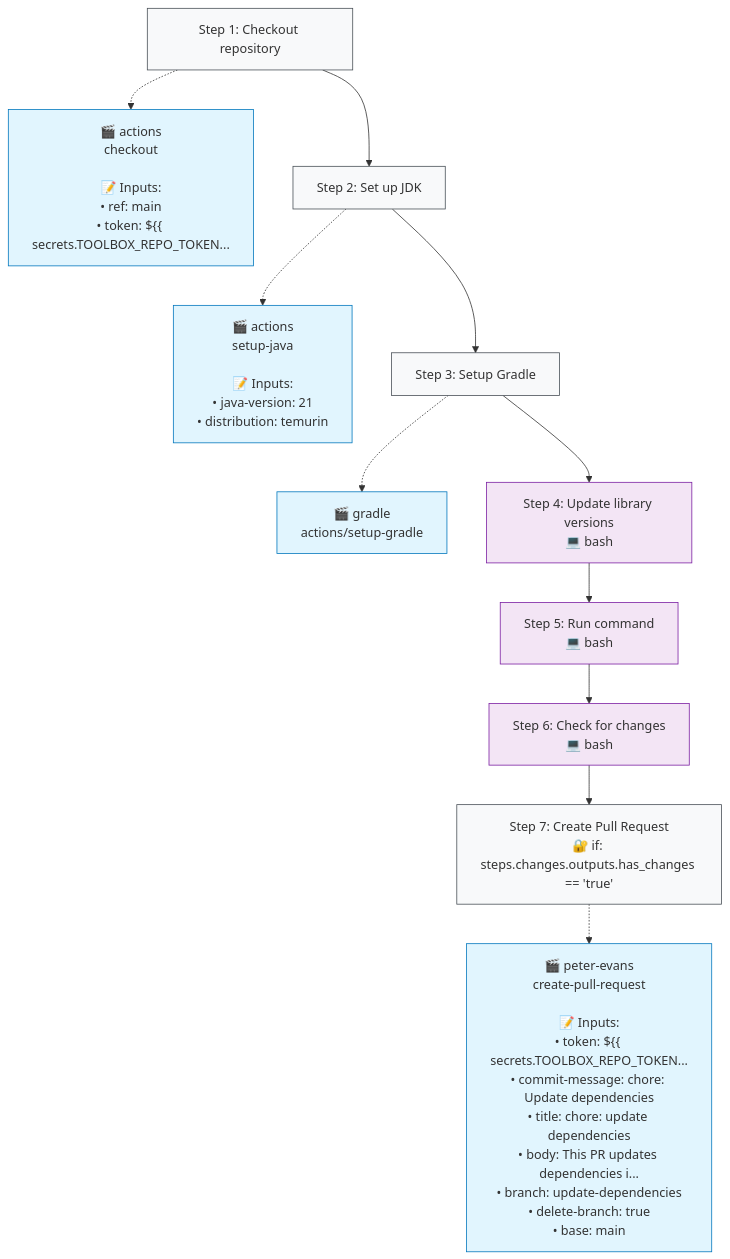
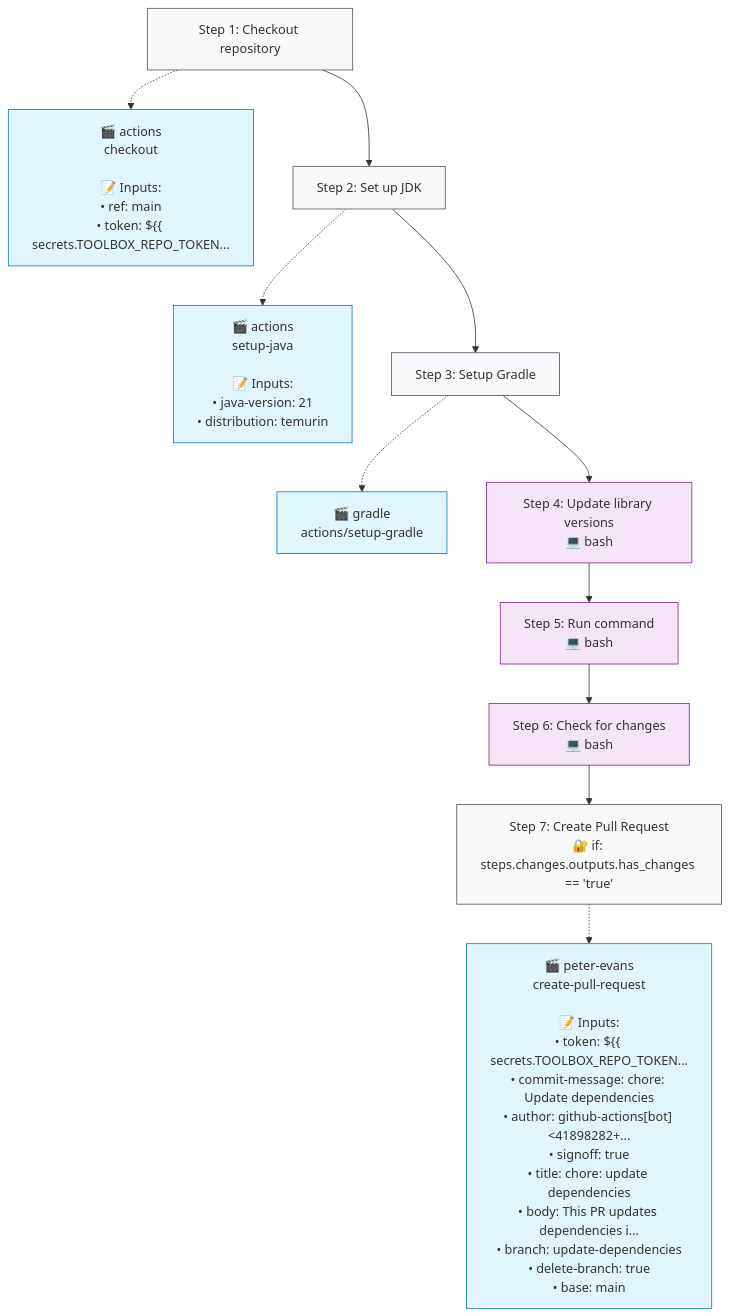
Before and after one commit to http4k/typeflows: the second of 2 diagrams in .github/typeflows/update-dependencies/README.md, drawn with Mermaid. The commit also changed 2 other files, not shown here.

Commit message:
add signoff to update dependencies

````diff
--- a/.github/typeflows/update-dependencies/README.md
+++ b/.github/typeflows/update-dependencies/README.md
@@ -24,36 +24,36 @@
 ```mermaid
 %%{init: {"flowchart": {"curve": "basis"}}}%%
 flowchart TD
     step1["Step 1: Checkout repository"]
     style step1 fill:#f8f9fa,stroke:#495057
     action1["🎬 actions<br/>checkout<br/><br/>📝 Inputs:<br/>• ref: main<br/>• token: ${{ secrets.TOOLBOX_REPO_TOKEN..."]
     style action1 fill:#e1f5fe,stroke:#0277bd
     step1 -.-> action1
     step2["Step 2: Set up JDK"]
     style step2 fill:#f8f9fa,stroke:#495057
     action2["🎬 actions<br/>setup-java<br/><br/>📝 Inputs:<br/>• java-version: 21<br/>• distribution: temurin"]
     style action2 fill:#e1f5fe,stroke:#0277bd
     step2 -.-> action2
     step1 --> step2
     step3["Step 3: Setup Gradle"]
     style step3 fill:#f8f9fa,stroke:#495057
     action3["🎬 gradle<br/>actions/setup-gradle"]
     style action3 fill:#e1f5fe,stroke:#0277bd
     step3 -.-> action3
     step2 --> step3
     step4["Step 4: Update library versions<br/>💻 bash"]
     style step4 fill:#f3e5f5,stroke:#7b1fa2
     step3 --> step4
     step5["Step 5: Run command<br/>💻 bash"]
     style step5 fill:#f3e5f5,stroke:#7b1fa2
     step4 --> step5
     step6["Step 6: Check for changes<br/>💻 bash"]
     style step6 fill:#f3e5f5,stroke:#7b1fa2
     step5 --> step6
     step7["Step 7: Create Pull Request<br/>🔐 if: steps.changes.outputs.has_changes == 'true'"]
     style step7 fill:#f8f9fa,stroke:#495057
-    action7["🎬 peter-evans<br/>create-pull-request<br/><br/>📝 Inputs:<br/>• token: ${{ secrets.TOOLBOX_REPO_TOKEN...<br/>• commit-message: chore: Update dependencies<br/>• title: chore: update dependencies<br/>• body: This PR updates dependencies i...<br/>• branch: update-dependencies<br/>• delete-branch: true<br/>• base: main"]
+    action7["🎬 peter-evans<br/>create-pull-request<br/><br/>📝 Inputs:<br/>• token: ${{ secrets.TOOLBOX_REPO_TOKEN...<br/>• commit-message: chore: Update dependencies<br/>• author: github-actions[bot] <41898282+...<br/>• signoff: true<br/>• title: chore: update dependencies<br/>• body: This PR updates dependencies i...<br/>• branch: update-dependencies<br/>• delete-branch: true<br/>• base: main"]
     style action7 fill:#e1f5fe,stroke:#0277bd
     step7 -.-> action7
     step6 --> step7
 ```
````
